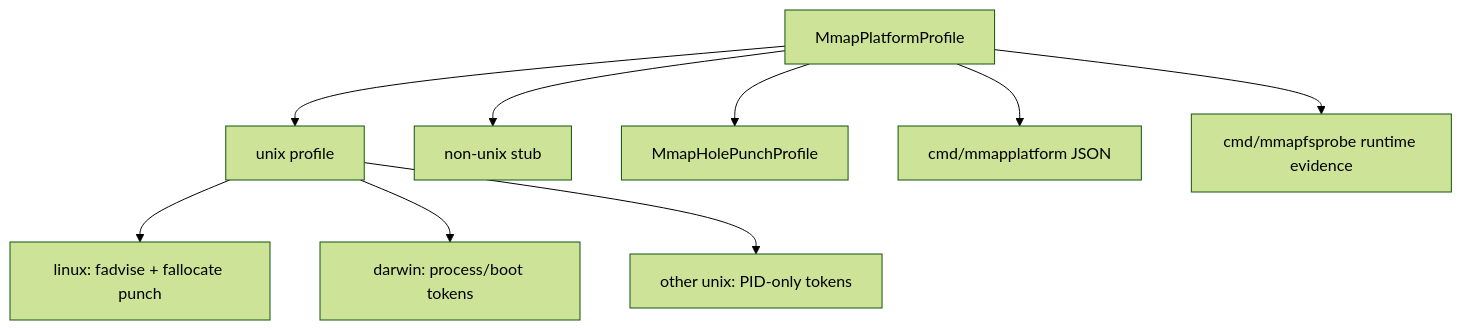
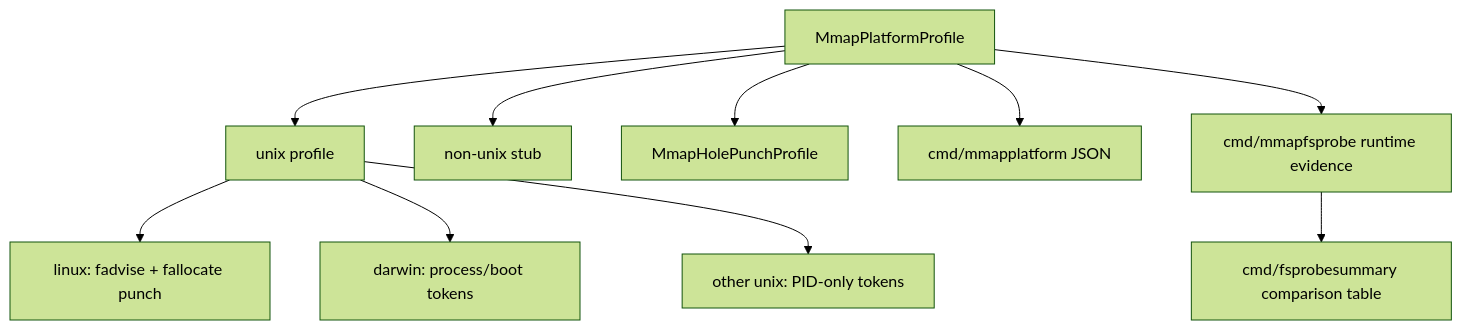
The diagram in docs/12-platform-matrix.md (hadamrd/cow-btree-course), drawn with Mermaid (forest theme) before and after one commit. The commit also changed other lines of this file and 6 other files, not shown here.

````diff
--- a/docs/12-platform-matrix.md
+++ b/docs/12-platform-matrix.md
@@ -53,11 +60,12 @@
 ```mermaid
 flowchart TD
     P["MmapPlatformProfile"] --> U["unix profile"]
     P --> N["non-unix stub"]
     U --> L["linux: fadvise + fallocate punch"]
     U --> D["darwin: process/boot tokens"]
     U --> O["other unix: PID-only tokens"]
     P --> H["MmapHolePunchProfile"]
     P --> C["cmd/mmapplatform JSON"]
     P --> F["cmd/mmapfsprobe runtime evidence"]
+    F --> S["cmd/fsprobesummary comparison table"]
 ```
````
